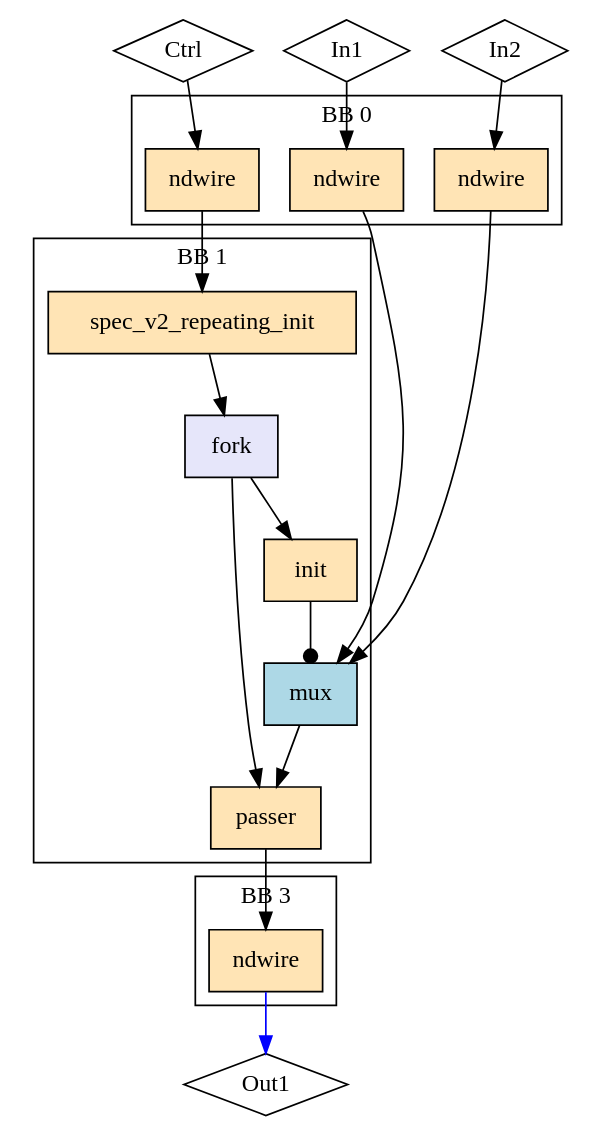
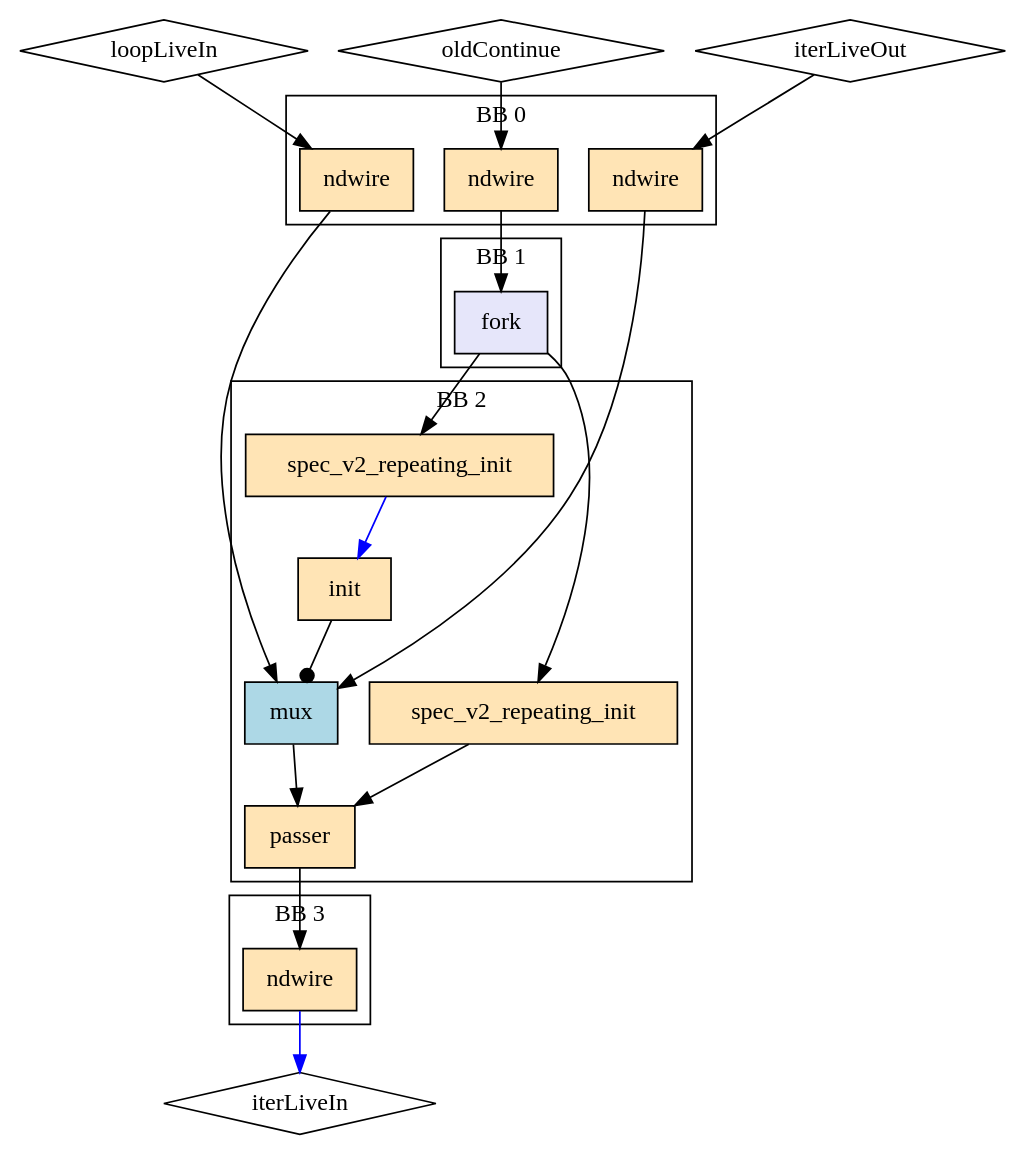
One commit to EPFL-LAP/dynamatic changed the diagram in experimental/tools/elastic-miter/out/sup_mux/rhs_reachability/model.dot. Above: the diagram before and after it, drawn with Graphviz. The commit also changed 700 other files, not shown here.

```diff
--- a/experimental/tools/elastic-miter/out/sup_mux/rhs_reachability/model.dot
+++ b/experimental/tools/elastic-miter/out/sup_mux/rhs_reachability/model.dot
@@ -1,39 +1,44 @@
 Digraph G {
   splines=spline
   compound=true
-  "In1" ["style"="solid", "shape"="diamond", "label"="In1", "mlir_op"="handshake.func"]
-  "In2" ["style"="solid", "shape"="diamond", "label"="In2", "mlir_op"="handshake.func"]
-  "Ctrl" ["style"="solid", "shape"="diamond", "label"="Ctrl", "mlir_op"="handshake.func"]
-  "Out1" ["style"="solid", "shape"="diamond", "label"="Out1", "mlir_op"="handshake.func"]
-  "In1" -> "ndw_in_In1" ["dir"="both", "style"="solid", "arrowhead"="normal", "from_idx"="0", "to"="ins", "arrowtail"="none", "from"="In1", "to_idx"="0"]
-  "In2" -> "ndw_in_In2" ["dir"="both", "style"="solid", "arrowhead"="normal", "from_idx"="1", "to"="ins", "arrowtail"="none", "from"="In2", "to_idx"="0"]
-  "Ctrl" -> "ndw_in_Ctrl" ["dir"="both", "style"="solid", "arrowhead"="normal", "from_idx"="2", "to"="ins", "arrowtail"="none", "from"="Ctrl", "to_idx"="0"]
-  "ndw_in_In1" -> "data_mux" ["dir"="both", "style"="solid", "arrowhead"="normal", "from_idx"="0", "to"="ins_1", "arrowtail"="none", "from"="outs", "to_idx"="2"]
-  "ndw_in_In2" -> "data_mux" ["dir"="both", "style"="solid", "arrowhead"="normal", "from_idx"="0", "to"="ins_0", "arrowtail"="none", "from"="outs", "to_idx"="1"]
-  "ndw_in_Ctrl" -> "ri" ["dir"="both", "style"="solid", "arrowhead"="normal", "from_idx"="0", "to"="ins", "arrowtail"="none", "from"="outs", "to_idx"="0"]
-  "ndw_out_Out1" -> "Out1" ["dir"="both", "style"="solid", "arrowhead"="normal", "from_idx"="0", "color"="blue", "to"="Out1", "arrowtail"="none", "from"="outs", "to_idx"="0"]
-  "passer" -> "ndw_out_Out1" ["dir"="both", "style"="solid", "arrowhead"="normal", "from_idx"="0", "to"="ins", "arrowtail"="none", "from"="result", "to_idx"="0"]
+  "loopLiveIn" ["style"="solid", "shape"="diamond", "label"="loopLiveIn", "mlir_op"="handshake.func"]
+  "oldContinue" ["style"="solid", "shape"="diamond", "label"="oldContinue", "mlir_op"="handshake.func"]
+  "iterLiveOut" ["style"="solid", "shape"="diamond", "label"="iterLiveOut", "mlir_op"="handshake.func"]
+  "iterLiveIn" ["style"="solid", "shape"="diamond", "label"="iterLiveIn", "mlir_op"="handshake.func"]
+  "loopLiveIn" -> "ndw_in_loopLiveIn" ["dir"="both", "style"="solid", "arrowhead"="normal", "from_idx"="0", "to"="ins", "arrowtail"="none", "from"="loopLiveIn", "to_idx"="0"]
+  "oldContinue" -> "ndw_in_oldContinue" ["dir"="both", "style"="solid", "arrowhead"="normal", "from_idx"="1", "to"="ins", "arrowtail"="none", "from"="oldContinue", "to_idx"="0"]
+  "iterLiveOut" -> "ndw_in_iterLiveOut" ["dir"="both", "style"="solid", "arrowhead"="normal", "from_idx"="2", "to"="ins", "arrowtail"="none", "from"="iterLiveOut", "to_idx"="0"]
+  "ndw_in_loopLiveIn" -> "data_mux" ["dir"="both", "style"="solid", "arrowhead"="normal", "from_idx"="0", "to"="ins_0", "arrowtail"="none", "from"="outs", "to_idx"="1"]
+  "ndw_in_oldContinue" -> "vm_fork_1" ["dir"="both", "style"="solid", "arrowhead"="normal", "from_idx"="0", "to"="ins", "arrowtail"="none", "from"="outs", "to_idx"="0"]
+  "ndw_in_iterLiveOut" -> "data_mux" ["dir"="both", "style"="solid", "arrowhead"="normal", "from_idx"="0", "to"="ins_1", "arrowtail"="none", "from"="outs", "to_idx"="2"]
+  "ndw_out_iterLiveIn" -> "iterLiveIn" ["dir"="both", "style"="solid", "arrowhead"="normal", "from_idx"="0", "color"="blue", "to"="iterLiveIn", "arrowtail"="none", "from"="outs", "to_idx"="0"]
+  "vm_fork_1" -> "ri1" ["dir"="both", "style"="solid", "arrowhead"="normal", "from_idx"="0", "to"="ins", "arrowtail"="none", "from"="outs_0", "to_idx"="0"]
+  "vm_fork_1" -> "ri2" ["dir"="both", "style"="solid", "arrowhead"="normal", "from_idx"="1", "to"="ins", "arrowtail"="none", "from"="outs_1", "to_idx"="0"]
+  "passer" -> "ndw_out_iterLiveIn" ["dir"="both", "style"="solid", "arrowhead"="normal", "from_idx"="0", "to"="ins", "arrowtail"="none", "from"="result", "to_idx"="0"]
   subgraph cluster0 {
     graph ["label"="BB 0"]
-    "ndw_in_In1" ["style"="filled", "fillcolor"="moccasin", "shape"="box", "label"="ndwire", "mlir_op"="handshake.ndwire"]
-    "ndw_in_In2" ["style"="filled", "fillcolor"="moccasin", "shape"="box", "label"="ndwire", "mlir_op"="handshake.ndwire"]
-    "ndw_in_Ctrl" ["style"="filled", "fillcolor"="moccasin", "shape"="box", "label"="ndwire", "mlir_op"="handshake.ndwire"]
+    "ndw_in_loopLiveIn" ["style"="filled", "fillcolor"="moccasin", "shape"="box", "label"="ndwire", "mlir_op"="handshake.ndwire"]
+    "ndw_in_oldContinue" ["style"="filled", "fillcolor"="moccasin", "shape"="box", "label"="ndwire", "mlir_op"="handshake.ndwire"]
+    "ndw_in_iterLiveOut" ["style"="filled", "fillcolor"="moccasin", "shape"="box", "label"="ndwire", "mlir_op"="handshake.ndwire"]
   }
   subgraph cluster3 {
     graph ["label"="BB 3"]
-    "ndw_out_Out1" ["style"="filled", "fillcolor"="moccasin", "shape"="box", "label"="ndwire", "mlir_op"="handshake.ndwire"]
+    "ndw_out_iterLiveIn" ["style"="filled", "fillcolor"="moccasin", "shape"="box", "label"="ndwire", "mlir_op"="handshake.ndwire"]
   }
   subgraph cluster1 {
     graph ["label"="BB 1"]
-    "ri" ["style"="filled", "fillcolor"="moccasin", "shape"="box", "label"="spec_v2_repeating_init", "mlir_op"="handshake.spec_v2_repeating_init"]
-    "fork_data_mux" ["style"="filled", "fillcolor"="lavender", "shape"="box", "label"="fork", "mlir_op"="handshake.fork"]
-    "init_buffer_ctrl" ["style"="filled", "fillcolor"="moccasin", "shape"="box", "label"="init", "mlir_op"="handshake.init"]
+    "vm_fork_1" ["style"="filled", "fillcolor"="lavender", "shape"="box", "label"="fork", "mlir_op"="handshake.fork"]
+  }
+  subgraph cluster2 {
+    graph ["label"="BB 2"]
+    "ri1" ["style"="filled", "fillcolor"="moccasin", "shape"="box", "label"="spec_v2_repeating_init", "mlir_op"="handshake.spec_v2_repeating_init"]
+    "newInit" ["style"="filled", "fillcolor"="moccasin", "shape"="box", "label"="init", "mlir_op"="handshake.init"]
     "data_mux" ["style"="filled", "fillcolor"="lightblue", "shape"="box", "label"="mux", "mlir_op"="handshake.mux"]
+    "ri2" ["style"="filled", "fillcolor"="moccasin", "shape"="box", "label"="spec_v2_repeating_init", "mlir_op"="handshake.spec_v2_repeating_init"]
     "passer" ["style"="filled", "fillcolor"="moccasin", "shape"="box", "label"="passer", "mlir_op"="handshake.passer"]
-    "ri" -> "fork_data_mux" ["dir"="both", "style"="solid", "arrowhead"="normal", "from_idx"="0", "to"="ins", "arrowtail"="none", "from"="outs", "to_idx"="0"]
-    "fork_data_mux" -> "init_buffer_ctrl" ["dir"="both", "style"="solid", "arrowhead"="normal", "from_idx"="0", "to"="ins", "arrowtail"="none", "from"="outs_0", "to_idx"="0"]
-    "fork_data_mux" -> "passer" ["dir"="both", "style"="solid", "arrowhead"="normal", "from_idx"="1", "to"="ctrl", "arrowtail"="none", "from"="outs_1", "to_idx"="1"]
-    "init_buffer_ctrl" -> "data_mux" ["dir"="both", "style"="solid", "arrowhead"="dot", "from_idx"="0", "to"="index", "arrowtail"="none", "from"="outs", "to_idx"="0"]
+    "ri1" -> "newInit" ["dir"="both", "style"="solid", "arrowhead"="normal", "from_idx"="0", "color"="blue", "to"="ins", "arrowtail"="none", "from"="outs", "to_idx"="0"]
+    "newInit" -> "data_mux" ["dir"="both", "style"="solid", "arrowhead"="dot", "from_idx"="0", "to"="index", "arrowtail"="none", "from"="outs", "to_idx"="0"]
     "data_mux" -> "passer" ["dir"="both", "style"="solid", "arrowhead"="normal", "from_idx"="0", "to"="data", "arrowtail"="none", "from"="outs", "to_idx"="0"]
+    "ri2" -> "passer" ["dir"="both", "style"="solid", "arrowhead"="normal", "from_idx"="0", "to"="ctrl", "arrowtail"="none", "from"="outs", "to_idx"="1"]
   }
 }
```
